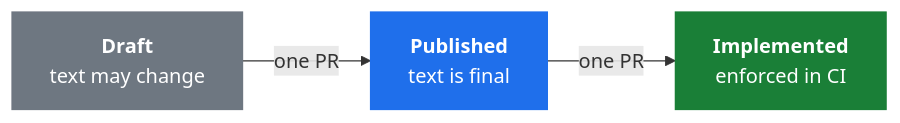
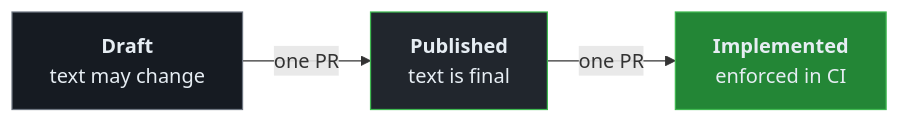
One commit to SteerSpec/strspc-spec changed the second of 2 diagrams in README.md. Above: the diagram before and after it, drawn with Mermaid. The commit also changed other lines of this file, not shown here.

````diff
--- a/README.md
+++ b/README.md
@@ -161,16 +181,16 @@
 ```mermaid
 flowchart LR
     D["<b>Draft</b><br/>text may change"]
     P["<b>Published</b><br/>text is final"]
     I["<b>Implemented</b><br/>enforced in CI"]
 
     D -->|one PR| P
     P -->|one PR| I
 
-    classDef draft fill:#6e7781,stroke:#6e7781,color:#ffffff
-    classDef published fill:#1f6feb,stroke:#1f6feb,color:#ffffff
-    classDef implemented fill:#1a7f37,stroke:#1a7f37,color:#ffffff
+    classDef draft fill:#161B22,stroke:#6E7681,color:#E6EDF3
+    classDef published fill:#21262D,stroke:#3FB950,color:#E6EDF3
+    classDef implemented fill:#238636,stroke:#3FB950,color:#E6EDF3
     class D draft
     class P published
     class I implemented
 ```
````
